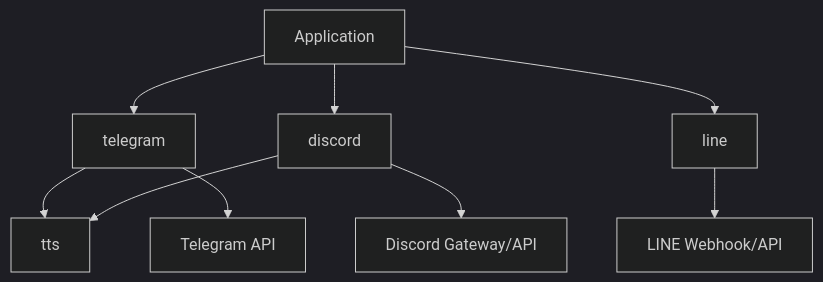
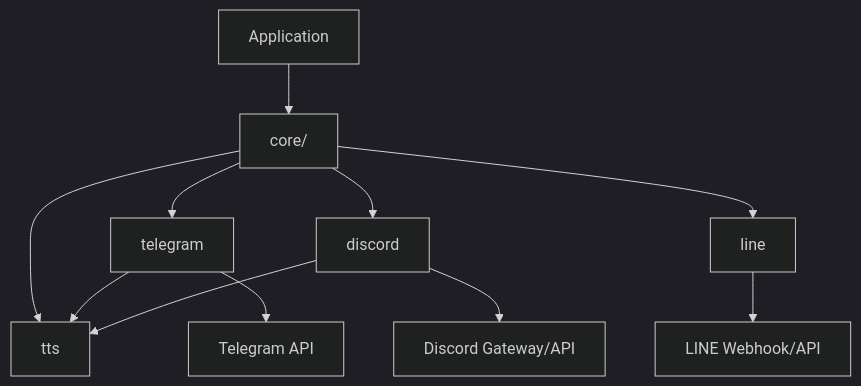
The diagram in README.md (pardnchiu/go-bot), drawn with Mermaid (dark theme) before and after one commit. The commit also changed other lines of this file and 32 other files, not shown here.

````diff
--- a/README.md
+++ b/README.md
@@ -38,11 +38,13 @@
 ```mermaid
 graph TB
-    App[Application] --> TG[telegram]
-    App --> DC[discord]
-    App --> LN[line]
-    TG --> TTS[tts]
+    App[Application] --> Core[core/]
+    Core --> TG[telegram]
+    Core --> DC[discord]
+    Core --> LN[line]
+    Core --> TTS[tts]
+    TG --> TTS
     DC --> TTS
     TG --> TelegramAPI[Telegram API]
     DC --> DiscordAPI[Discord Gateway/API]
     LN --> LineAPI[LINE Webhook/API]
 ```
````
